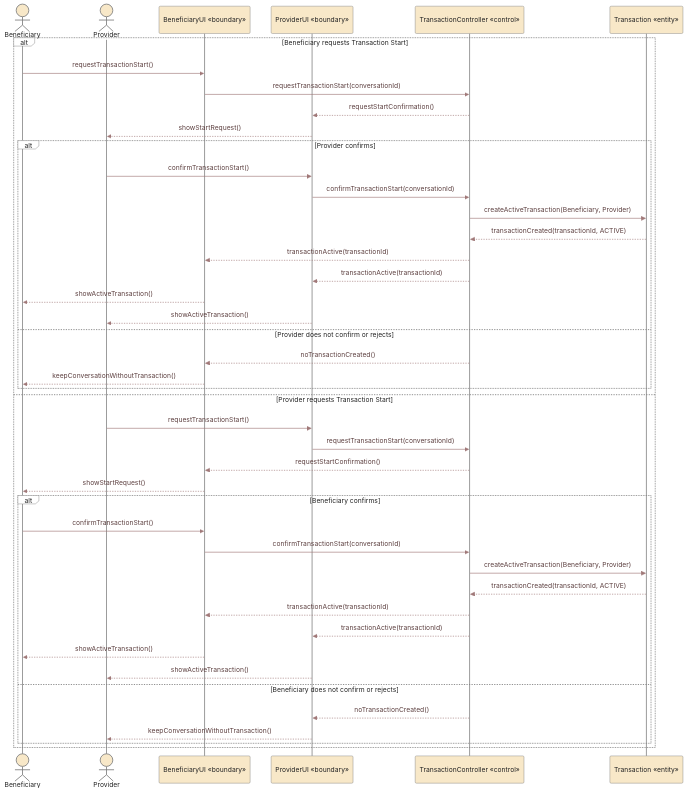
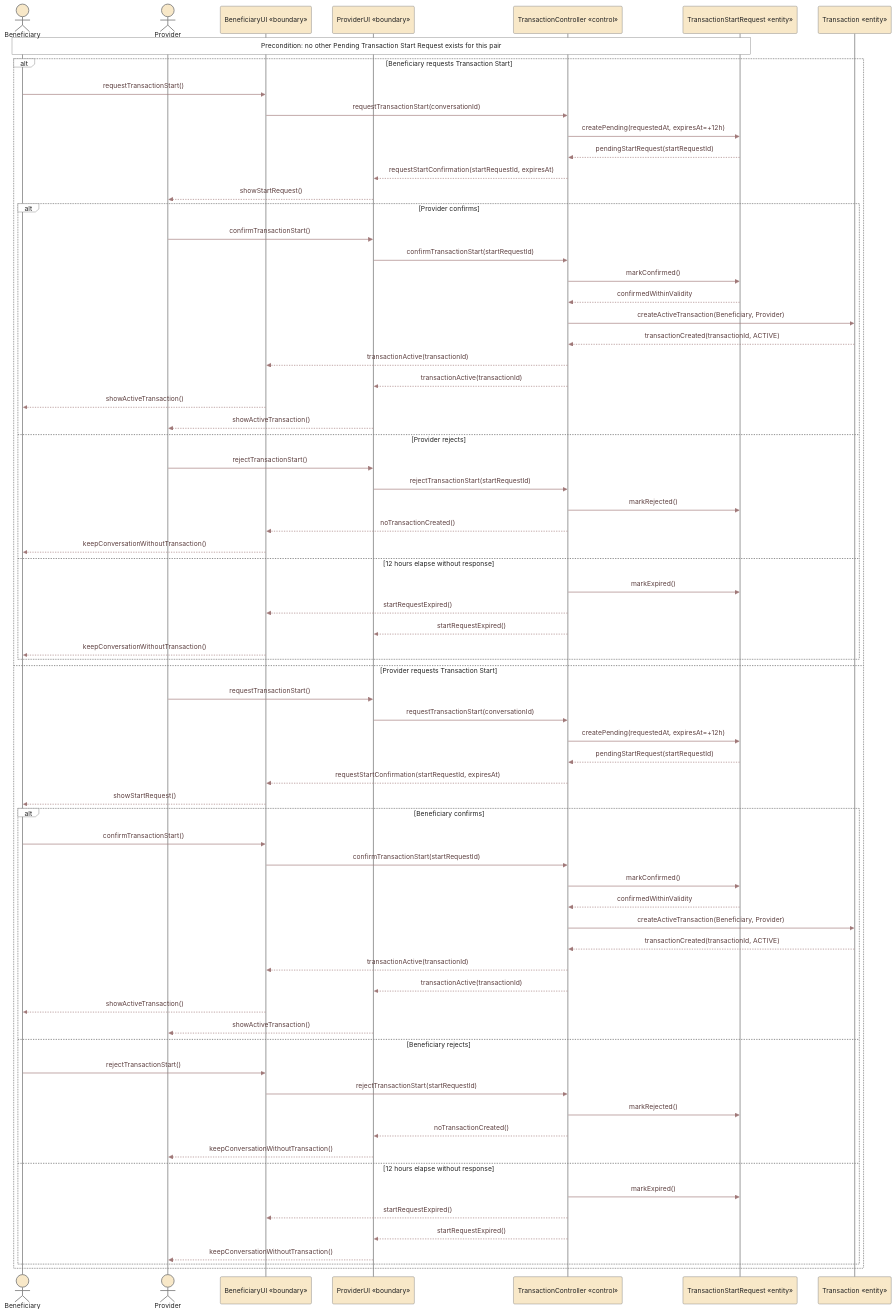
One commit to Yadd-SanaaUniversityGraduationProject/yadd changed the second of 2 diagrams in diagrams/03-analysis/uml/sequence/uc-01-search-inquire-directly-sequence.md. Above: the diagram before and after it, drawn with Mermaid.

Commit message:
uml: model pending start request expiry explicitly

````diff
--- a/diagrams/03-analysis/uml/sequence/uc-01-search-inquire-directly-sequence.md
+++ b/diagrams/03-analysis/uml/sequence/uc-01-search-inquire-directly-sequence.md
@@ -79,51 +79,78 @@
 ```mermaid
 %%{init: {"theme":"base","themeVariables":{"background":"#FFFFFF","fontFamily":"Arial","actorBkg":"#F8E8C8","actorBorder":"#7E7E7E","actorTextColor":"#222222","actorLineColor":"#8A8A8A","signalColor":"#A07878","signalTextColor":"#5C3F3F","labelBoxBkgColor":"#FFFFFF","labelBoxBorderColor":"#7E7E7E","labelTextColor":"#222222","loopTextColor":"#222222","noteBkgColor":"#FFFFFF","noteBorderColor":"#7E7E7E","noteTextColor":"#222222"}}}%%
 sequenceDiagram
     actor B as Beneficiary
     actor P as Provider
     participant BUI as BeneficiaryUI «boundary»
     participant PUI as ProviderUI «boundary»
     participant TC as TransactionController «control»
+    participant SR as TransactionStartRequest «entity»
     participant TX as Transaction «entity»
+
+    Note over B,SR: Precondition: no other Pending Transaction Start Request exists for this pair
 
     alt Beneficiary requests Transaction Start
         B->>BUI: requestTransactionStart()
         BUI->>TC: requestTransactionStart(conversationId)
-        TC-->>PUI: requestStartConfirmation()
+        TC->>SR: createPending(requestedAt, expiresAt=+12h)
+        SR-->>TC: pendingStartRequest(startRequestId)
+        TC-->>PUI: requestStartConfirmation(startRequestId, expiresAt)
         PUI-->>P: showStartRequest()
 
         alt Provider confirms
             P->>PUI: confirmTransactionStart()
-            PUI->>TC: confirmTransactionStart(conversationId)
+            PUI->>TC: confirmTransactionStart(startRequestId)
+            TC->>SR: markConfirmed()
+            SR-->>TC: confirmedWithinValidity
             TC->>TX: createActiveTransaction(Beneficiary, Provider)
             TX-->>TC: transactionCreated(transactionId, ACTIVE)
             TC-->>BUI: transactionActive(transactionId)
             TC-->>PUI: transactionActive(transactionId)
             BUI-->>B: showActiveTransaction()
             PUI-->>P: showActiveTransaction()
-        else Provider does not confirm or rejects
+        else Provider rejects
+            P->>PUI: rejectTransactionStart()
+            PUI->>TC: rejectTransactionStart(startRequestId)
+            TC->>SR: markRejected()
             TC-->>BUI: noTransactionCreated()
+            BUI-->>B: keepConversationWithoutTransaction()
+        else 12 hours elapse without response
+            TC->>SR: markExpired()
+            TC-->>BUI: startRequestExpired()
+            TC-->>PUI: startRequestExpired()
             BUI-->>B: keepConversationWithoutTransaction()
         end
 
     else Provider requests Transaction Start
         P->>PUI: requestTransactionStart()
         PUI->>TC: requestTransactionStart(conversationId)
-        TC-->>BUI: requestStartConfirmation()
+        TC->>SR: createPending(requestedAt, expiresAt=+12h)
+        SR-->>TC: pendingStartRequest(startRequestId)
+        TC-->>BUI: requestStartConfirmation(startRequestId, expiresAt)
         BUI-->>B: showStartRequest()
 
         alt Beneficiary confirms
             B->>BUI: confirmTransactionStart()
-            BUI->>TC: confirmTransactionStart(conversationId)
+            BUI->>TC: confirmTransactionStart(startRequestId)
+            TC->>SR: markConfirmed()
+            SR-->>TC: confirmedWithinValidity
             TC->>TX: createActiveTransaction(Beneficiary, Provider)
             TX-->>TC: transactionCreated(transactionId, ACTIVE)
             TC-->>BUI: transactionActive(transactionId)
             TC-->>PUI: transactionActive(transactionId)
             BUI-->>B: showActiveTransaction()
             PUI-->>P: showActiveTransaction()
-        else Beneficiary does not confirm or rejects
+        else Beneficiary rejects
+            B->>BUI: rejectTransactionStart()
+            BUI->>TC: rejectTransactionStart(startRequestId)
+            TC->>SR: markRejected()
             TC-->>PUI: noTransactionCreated()
+            PUI-->>P: keepConversationWithoutTransaction()
+        else 12 hours elapse without response
+            TC->>SR: markExpired()
+            TC-->>BUI: startRequestExpired()
+            TC-->>PUI: startRequestExpired()
             PUI-->>P: keepConversationWithoutTransaction()
         end
     end
 ```
````
